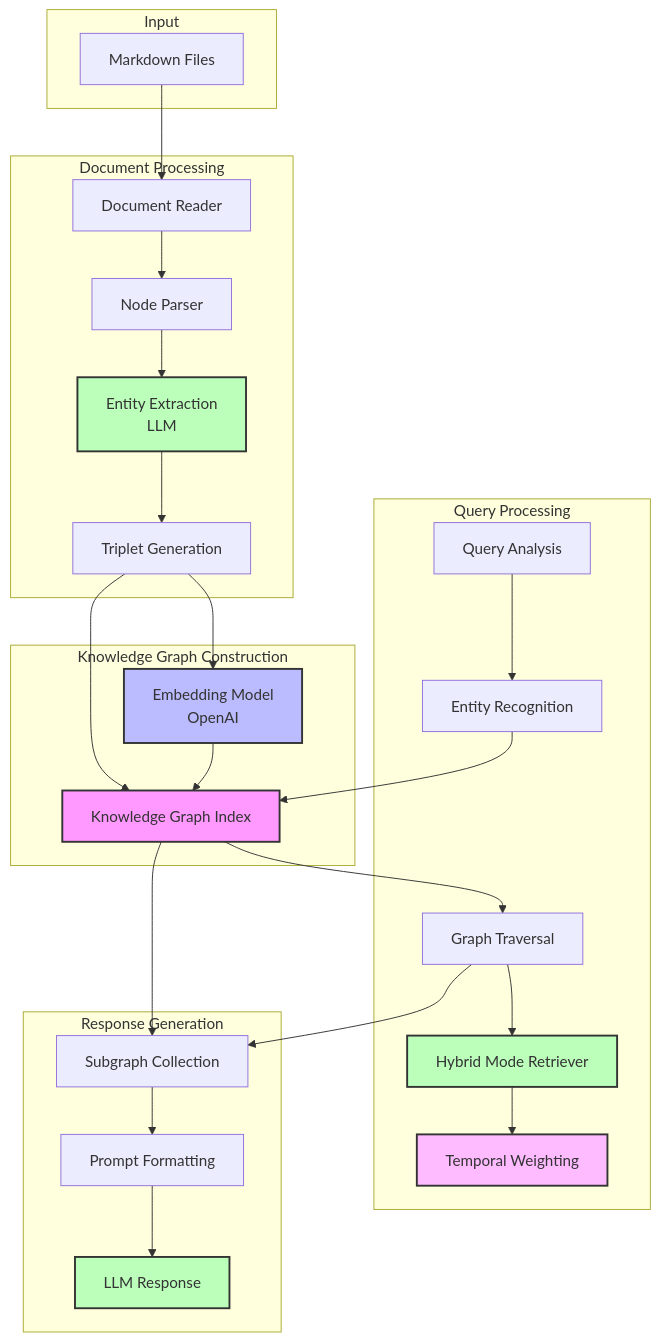
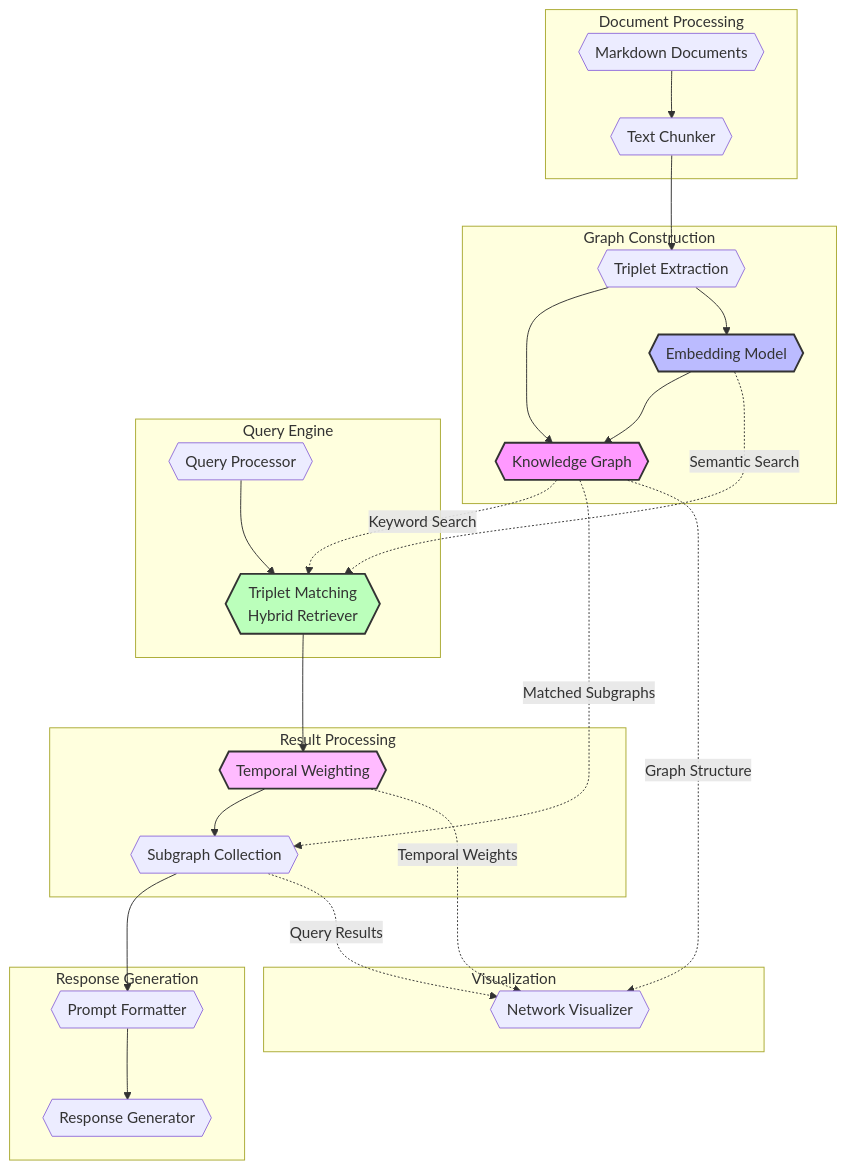
The diagram in architecture.md (trilogy-group/graphrag-experiments), drawn with Mermaid before and after one commit. The commit also changed other lines of this file and 2 other files, not shown here.

First line of the commit message:
refactor: improve docs and parallel processing

````diff
--- a/architecture.md
+++ b/architecture.md
@@ -58,44 +74,57 @@
 ```mermaid
 graph TD
-    subgraph Input
-        MD[Markdown Files]
+    subgraph "Document Processing"
+        MD{{Markdown Documents}}
+        CH{{Text Chunker}}
+        MD --> CH
     end
 
-    subgraph "Document Processing"
-        DR[Document Reader] --> NP[Node Parser]
-        NP --> EE[Entity Extraction<br/>LLM]
-        EE --> TR[Triplet Generation]
-    end
-
-    subgraph "Knowledge Graph Construction"
-        KG[Knowledge Graph Index]
+    subgraph "Graph Construction"
+        TR{{Triplet Extraction}}
+        EM{{Embedding Model}}
+        KG{{Knowledge Graph}}
+        
+        CH --> TR
         TR --> KG
-        EM[Embedding Model<br/>OpenAI]
         TR --> EM
         EM --> KG
     end
 
-    subgraph "Query Processing"
-        QA[Query Analysis] --> ER[Entity Recognition]
-        ER --> KG
-        KG --> GT[Graph Traversal]
-        GT --> HM[Hybrid Mode Retriever]
-        HM --> TW[Temporal Weighting]
+    subgraph "Query Engine"
+        QP{{Query Processor}}
+        HR{{Triplet Matching<br/>Hybrid Retriever}}
+        
+        QP --> HR
+        KG -.-> |Keyword Search| HR
+        EM -.-> |Semantic Search| HR
+    end
+
+    subgraph "Result Processing"
+        TW{{Temporal Weighting}}
+        SC{{Subgraph Collection}}
+        
+        HR --> TW
+        TW --> SC
+        KG -.-> |Matched Subgraphs| SC
     end
 
     subgraph "Response Generation"
-        GT --> SG[Subgraph Collection]
-        KG --> SG
-        SG --> PF[Prompt Formatting]
-        PF --> LLM[LLM Response]
+        PF{{Prompt Formatter}}
+        RG{{Response Generator}}
+        
+        SC --> PF
+        PF --> RG
     end
 
-    MD --> DR
+    subgraph "Visualization"
+        VZ{{Network Visualizer}}
+        KG -.-> |Graph Structure| VZ
+        TW -.-> |Temporal Weights| VZ
+        SC -.-> |Query Results| VZ
+    end
 
     style KG fill:#f9f,stroke:#333,stroke-width:2px
-    style EE fill:#bfb,stroke:#333,stroke-width:2px
-    style LLM fill:#bfb,stroke:#333,stroke-width:2px
     style EM fill:#bbf,stroke:#333,stroke-width:2px
-    style HM fill:#bfb,stroke:#333,stroke-width:2px
+    style HR fill:#bfb,stroke:#333,stroke-width:2px
     style TW fill:#fbf,stroke:#333,stroke-width:2px
 ```
````
